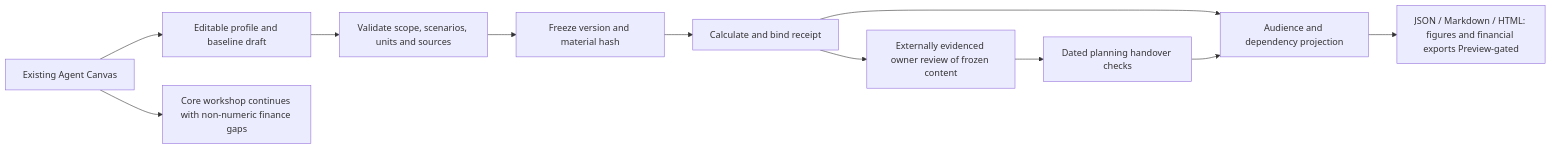
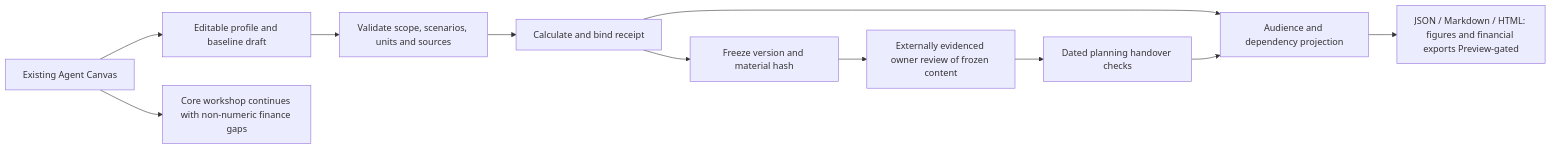
One commit to urruegg/frontier-envisioning changed the diagram in docs/solution-design.md. Above: the diagram before and after it, drawn with Mermaid. The commit also changed other lines of this file and 2 other files, not shown here.

````diff
--- a/docs/solution-design.md
+++ b/docs/solution-design.md
@@ -92,13 +93,13 @@
 ```mermaid
 flowchart LR
     C["Existing Agent Canvas"] --> D["Editable profile and baseline draft"]
     C --> W["Core workshop continues with non-numeric finance gaps"]
     D --> V["Validate scope, scenarios, units and sources"]
-    V --> F["Freeze version and material hash"]
-    F --> K["Calculate and bind receipt"]
-    K --> R["Externally evidenced owner review of frozen content"]
+    V --> K["Calculate and bind receipt"]
+    K --> F["Freeze version and material hash"]
+    F --> R["Externally evidenced owner review of frozen content"]
     R --> H["Dated planning handover checks"]
     K --> P["Audience and dependency projection"]
     H --> P
     P --> O["JSON / Markdown / HTML: figures and financial exports Preview-gated"]
 ```
````
